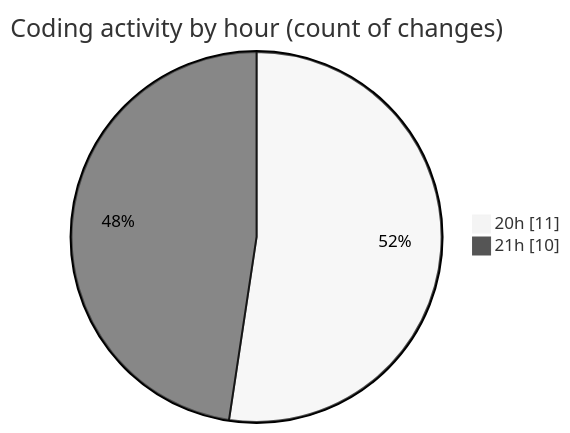
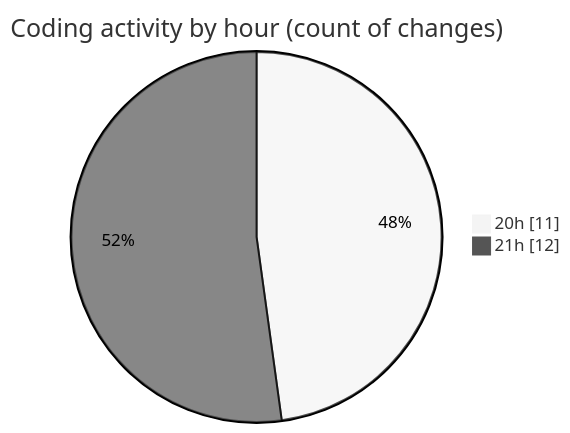
Before and after one commit to idhammustaqopulfikri/code-tracking: the second of 2 diagrams in 2025-04-10/test/README.md, drawn with Mermaid (neutral theme). The commit also changed other lines of this file and 1 other file, not shown here.

````diff
--- a/2025-04-10/test/README.md
+++ b/2025-04-10/test/README.md
@@ -43,6 +43,6 @@
 ```mermaid
 pie showData
 title Coding activity by hour (count of changes)
 "20h" : 11
-"21h" : 10
+"21h" : 12
 ```
````
